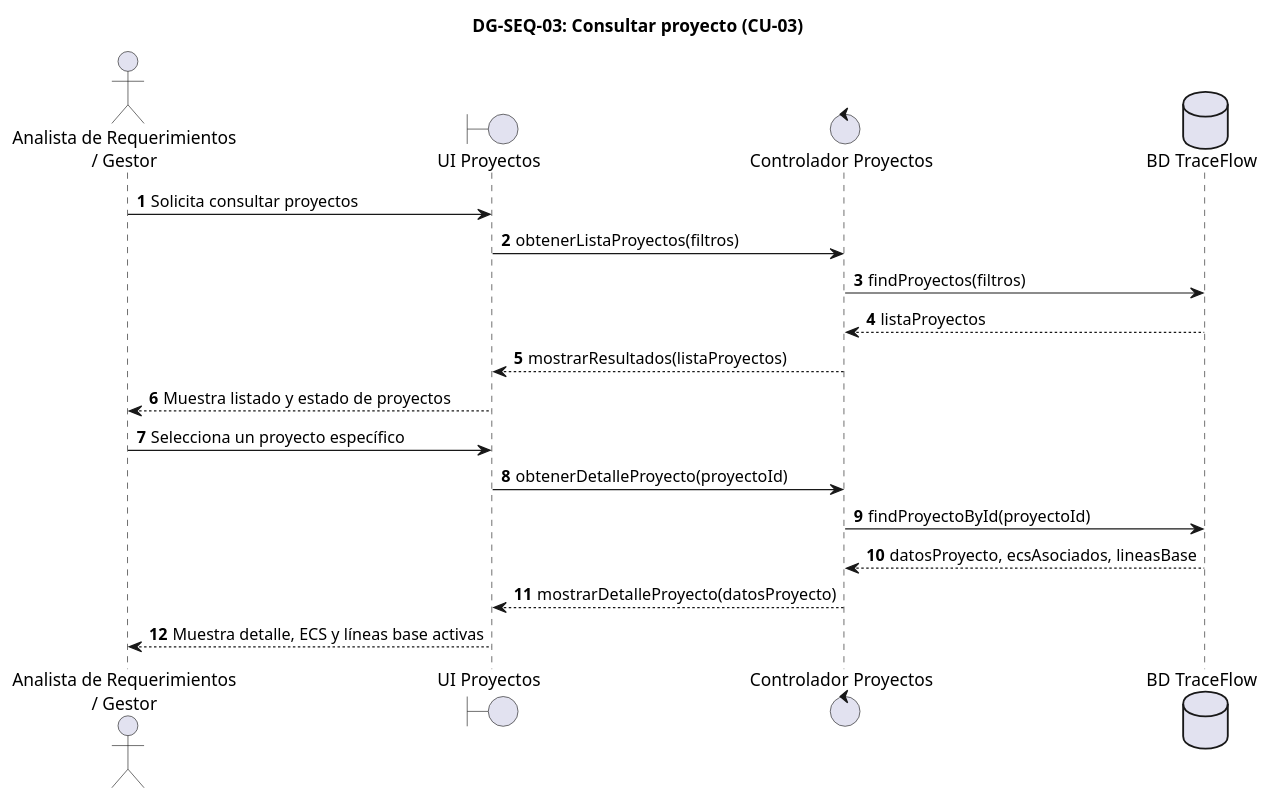
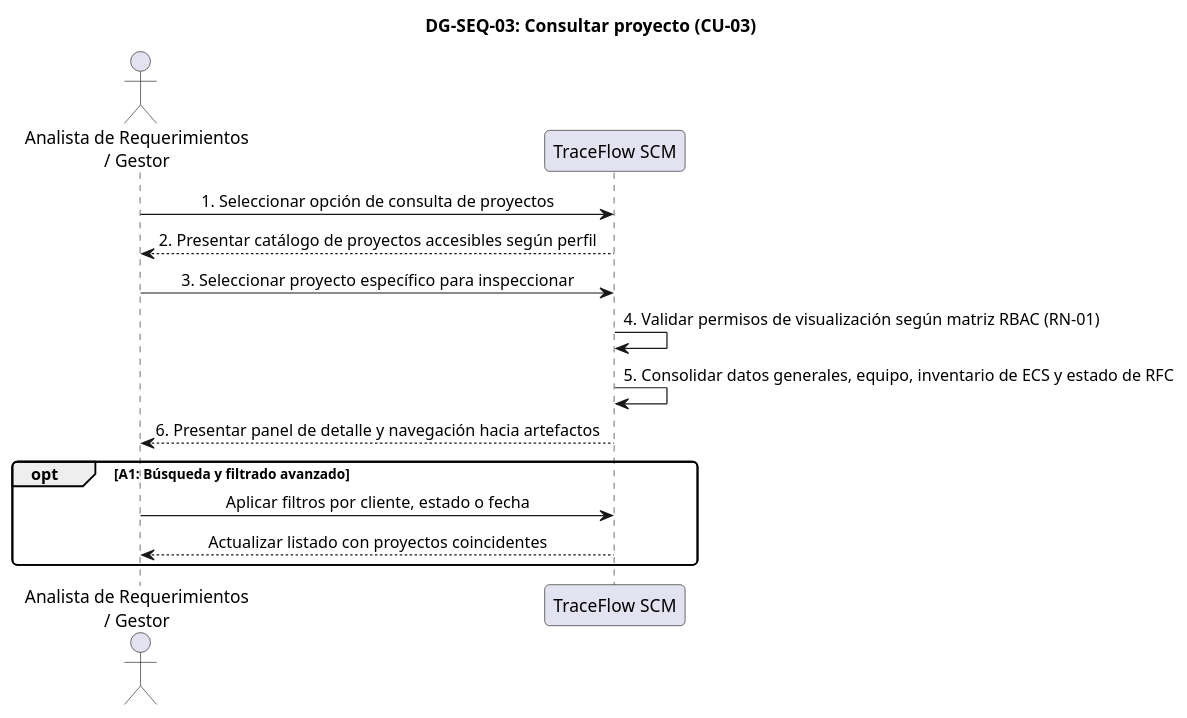
Diagram 15 of 44 in FD03-EPIS-Informe_SRS.md (JMedina255/TraceFlow), drawn with PlantUML before and after one commit. The commit also changed other lines of this file and 2 other files, not shown here.

First line of the commit message:
docs(diagrams): refactorizar diagramas de secuencia DG-SEQ-01 a DG-SEQ-30 a nivel de analisis 1:1

````diff
--- a/FD03-EPIS-Informe_SRS.md
+++ b/FD03-EPIS-Informe_SRS.md
@@ -4185,29 +4192,26 @@
 ```plantuml
-@startuml
+@startuml DG-SEQ-03
 skinparam shadowing false
 skinparam roundcorner 8
 skinparam defaultFontName Arial
-autonumber
+skinparam sequenceMessageAlign center
 
 title <b>DG-SEQ-03: Consultar proyecto (CU-03)</b>
 
-actor "Analista de Requerimientos\n/ Gestor" as ACT
-boundary "UI Proyectos" as UI
-control "Controlador Proyectos" as CTRL
-database "BD TraceFlow" as DB
+actor "Analista de Requerimientos\n/ Gestor" as Actor
+participant "TraceFlow SCM" as Sistema
 
-ACT -> UI : Solicita consultar proyectos
-UI -> CTRL : obtenerListaProyectos(filtros)
-CTRL -> DB : findProyectos(filtros)
-DB --> CTRL : listaProyectos
-CTRL --> UI : mostrarResultados(listaProyectos)
-UI --> ACT : Muestra listado y estado de proyectos
+Actor -> Sistema: 1. Seleccionar opción de consulta de proyectos
+Sistema --> Actor: 2. Presentar catálogo de proyectos accesibles según perfil
+Actor -> Sistema: 3. Seleccionar proyecto específico para inspeccionar
+Sistema -> Sistema: 4. Validar permisos de visualización según matriz RBAC (RN-01)
+Sistema -> Sistema: 5. Consolidar datos generales, equipo, inventario de ECS y estado de RFC
+Sistema --> Actor: 6. Presentar panel de detalle y navegación hacia artefactos
 
-ACT -> UI : Selecciona un proyecto específico
-UI -> CTRL : obtenerDetalleProyecto(proyectoId)
-CTRL -> DB : findProyectoById(proyectoId)
-DB --> CTRL : datosProyecto, ecsAsociados, lineasBase
-CTRL --> UI : mostrarDetalleProyecto(datosProyecto)
-UI --> ACT : Muestra detalle, ECS y líneas base activas
+opt A1: Búsqueda y filtrado avanzado
+  Actor -> Sistema: Aplicar filtros por cliente, estado o fecha
+  Sistema --> Actor: Actualizar listado con proyectos coincidentes
+end
+
 @enduml
 ```
````
